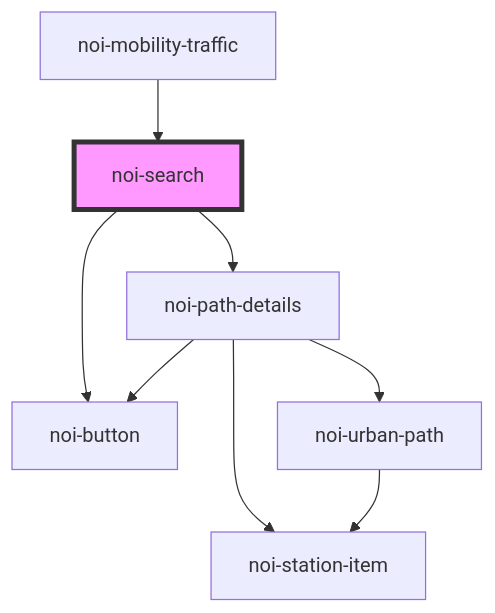
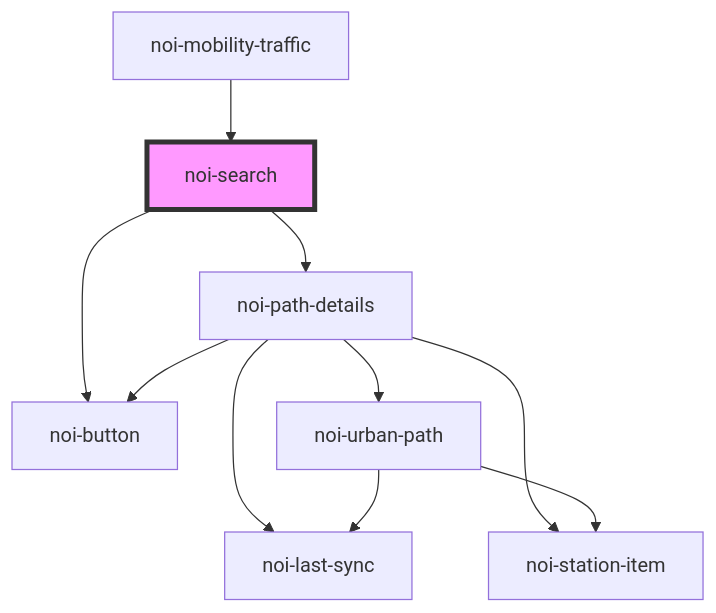
Before and after one commit to noi-techpark/webcomp-mobility-traffic: the diagram in src/blocks/search/readme.md, drawn with Mermaid. The commit also changed 13 other files, not shown here.

````diff
--- a/src/blocks/search/readme.md
+++ b/src/blocks/search/readme.md
@@ -20,11 +20,13 @@
 ```mermaid
 graph TD;
   noi-search --> noi-path-details
   noi-search --> noi-button
+  noi-path-details --> noi-last-sync
   noi-path-details --> noi-urban-path
   noi-path-details --> noi-station-item
   noi-path-details --> noi-button
   noi-urban-path --> noi-station-item
+  noi-urban-path --> noi-last-sync
   noi-mobility-traffic --> noi-search
   style noi-search fill:#f9f,stroke:#333,stroke-width:4px
 ```
````
